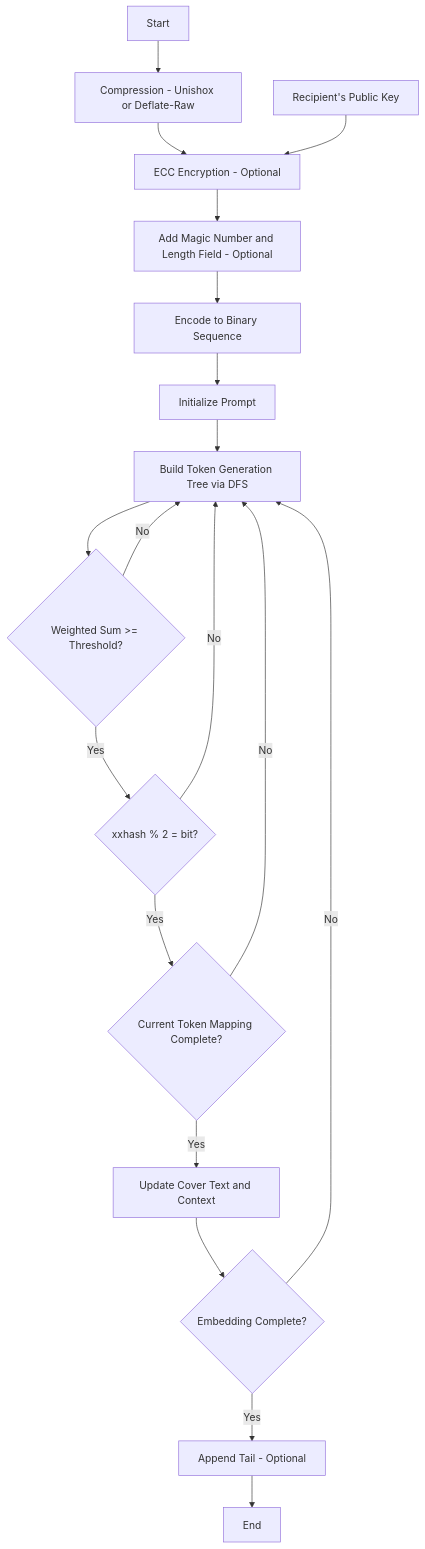
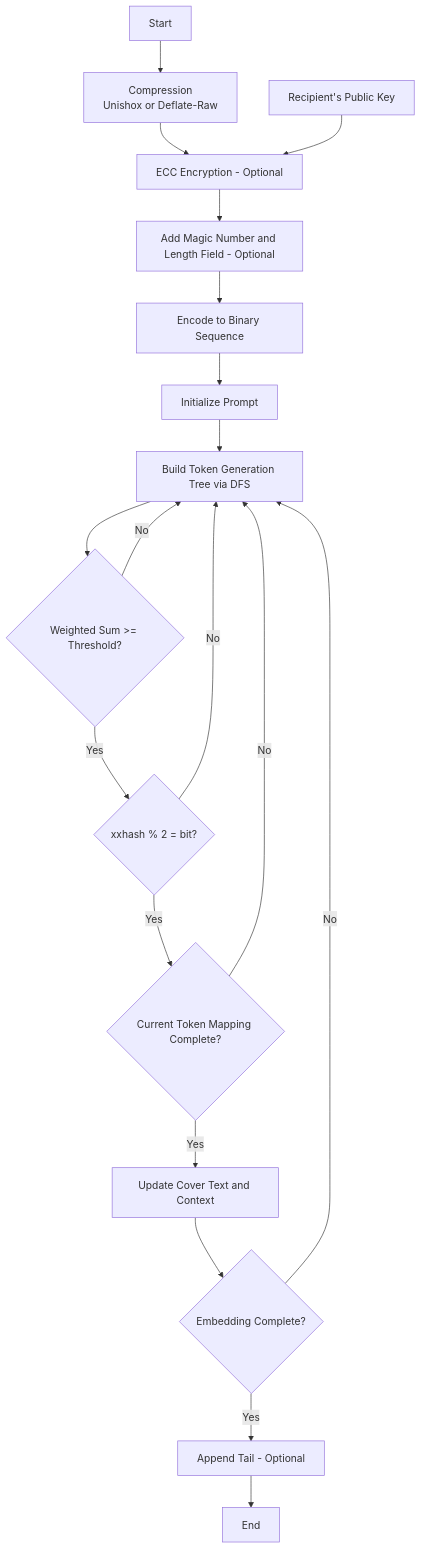
One commit to Rin313/StegLLM changed the diagram in README_en.md. Above: the diagram before and after it, drawn with Mermaid. The commit also changed 2 other files, not shown here.

Commit message:
响应式地显示生成文本，增加了停止隐写的功能

````diff
--- a/README_en.md
+++ b/README_en.md
@@ -55,21 +55,21 @@
 ```mermaid
 flowchart TD
-    A[Start] --> compress[Compression - Unishox or Deflate-Raw]
+    A[Start] --> compress[Compression<br>Unishox or Deflate-Raw]
     compress --> encrypt[ECC Encryption - Optional]
     public[Recipient's Public Key] --> encrypt
     encrypt --> magicNum[Add Magic Number and Length Field - Optional]
     magicNum --> base[Encode to Binary Sequence]
     base --> prompt[Initialize Prompt]
     prompt --> dfs[Build Token Generation Tree via DFS]
     dfs --> weightsNum{Weighted Sum >= Threshold?}
     weightsNum --> |Yes| mapping{xxhash % 2 = bit?}
     weightsNum --> |No| dfs
     mapping --> |Yes| mappingDone{Current Token Mapping Complete?}
     mapping --> |No| dfs
     mappingDone --> |Yes| coverText[Update Cover Text and Context]
     mappingDone --> |No| dfs
     coverText --> done{Embedding Complete?}
     done --> |Yes| tail[Append Tail - Optional]
     done --> |No| dfs
     tail --> endd[End]
 ```
````
